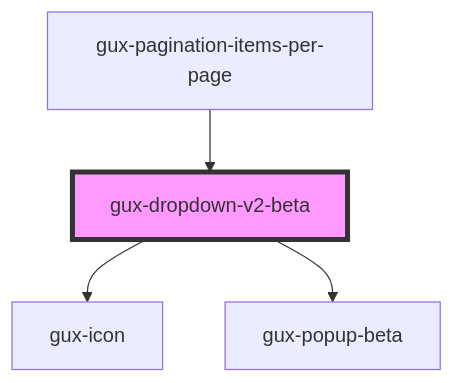
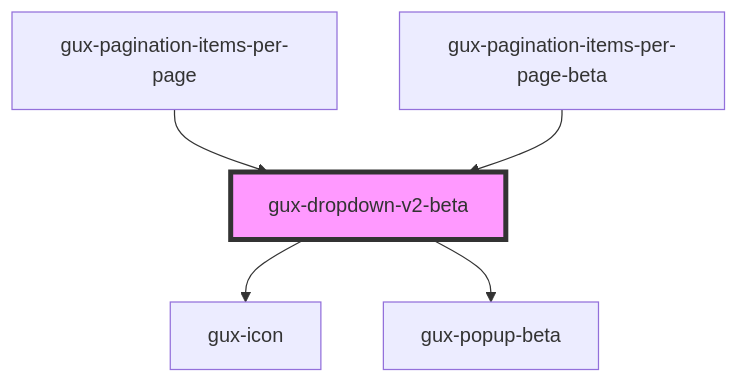
One commit to MyPureCloud/genesys-spark changed the diagram in src/components/beta/gux-dropdown-v2/readme.md. Above: the diagram before and after it, drawn with Mermaid. The commit also changed other lines of this file and 99 other files, not shown here.

Commit message:
feat(gux-pagination-beta): created pagination beta component with simple and advanced layout options

````diff
--- a/src/components/beta/gux-dropdown-v2/readme.md
+++ b/src/components/beta/gux-dropdown-v2/readme.md
@@ -35,7 +36,8 @@
 ```mermaid
 graph TD;
   gux-dropdown-v2-beta --> gux-icon
   gux-dropdown-v2-beta --> gux-popup-beta
   gux-pagination-items-per-page --> gux-dropdown-v2-beta
+  gux-pagination-items-per-page-beta --> gux-dropdown-v2-beta
   style gux-dropdown-v2-beta fill:#f9f,stroke:#333,stroke-width:4px
 ```
````
